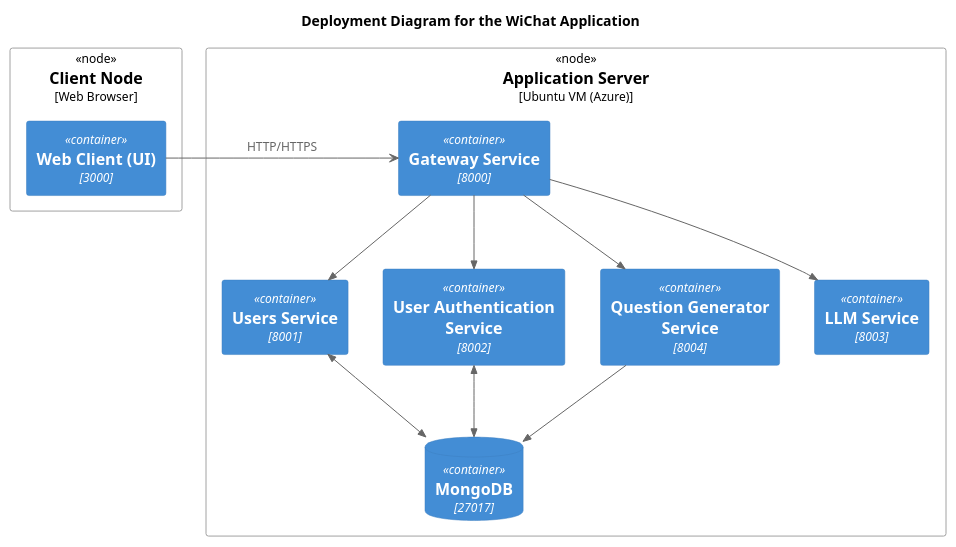
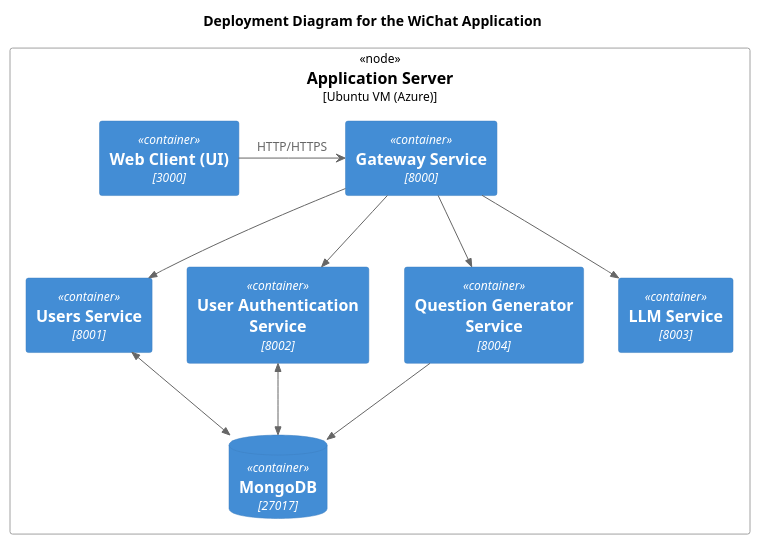
The diagram in docs/src/diagrams/C4_deployment_diagram.puml (Arquisoft/wichat_en1a), drawn with PlantUML before and after one commit. The commit also changed 1 other file, not shown here.

```diff
--- a/docs/src/diagrams/C4_deployment_diagram.puml
+++ b/docs/src/diagrams/C4_deployment_diagram.puml
@@ -1,28 +1,25 @@
 @startuml C4_Deployment_Diagram
 !include https://raw.githubusercontent.com/plantuml-stdlib/C4-PlantUML/master/C4_Deployment.puml
 
 title Deployment Diagram for the WiChat Application
 
-Deployment_Node(clientNode, "Client Node", "Web Browser") {
+Deployment_Node(serverNode, "Application Server", "Ubuntu VM (Azure)") {
     Container(client, "Web Client (UI)", 3000)
-}
-
-Deployment_Node(serverNode, "Application Server", "Ubuntu VM (Azure)") {
     Container(gateway, "Gateway Service", 8000)
     Container(users, "Users Service", 8001)
     Container(auth, "User Authentication Service", 8002)
     Container(qg, "Question Generator Service", 8004)
     Container(llm, "LLM Service", 8003)
     ContainerDb(db, "MongoDB", 27017)
 }
 
 client -> gateway: HTTP/HTTPS
 Rel(gateway, auth, "")
 Rel(gateway, users, "")
 Rel(gateway, qg, "")
 Rel(gateway, llm, "")
 BiRel(auth, db, "")
 BiRel(users, db, "")
 Rel(qg, db, "")
 
 @enduml
```
